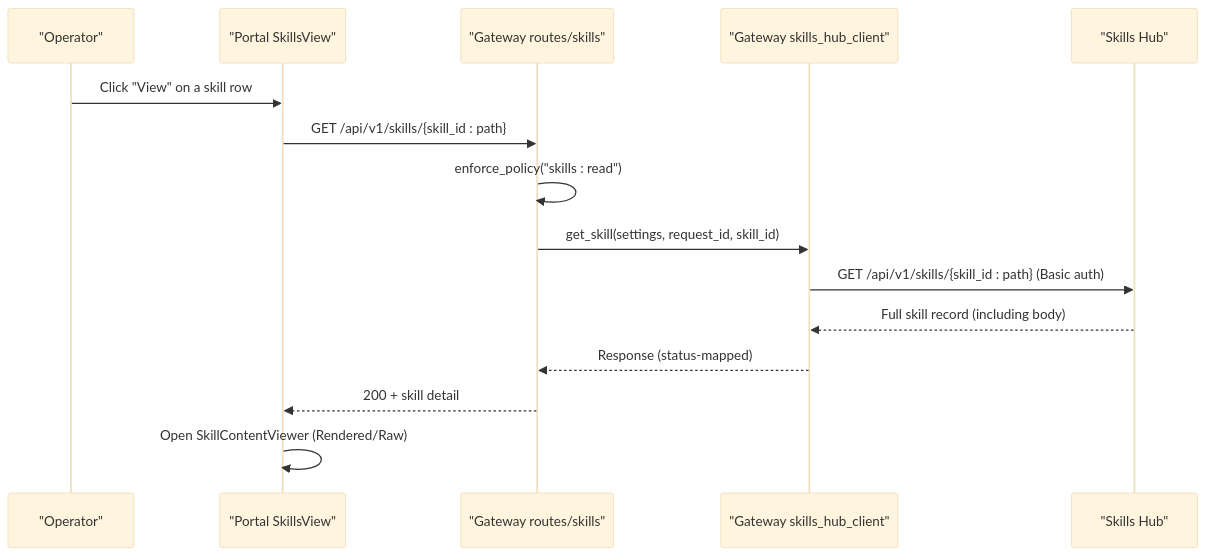
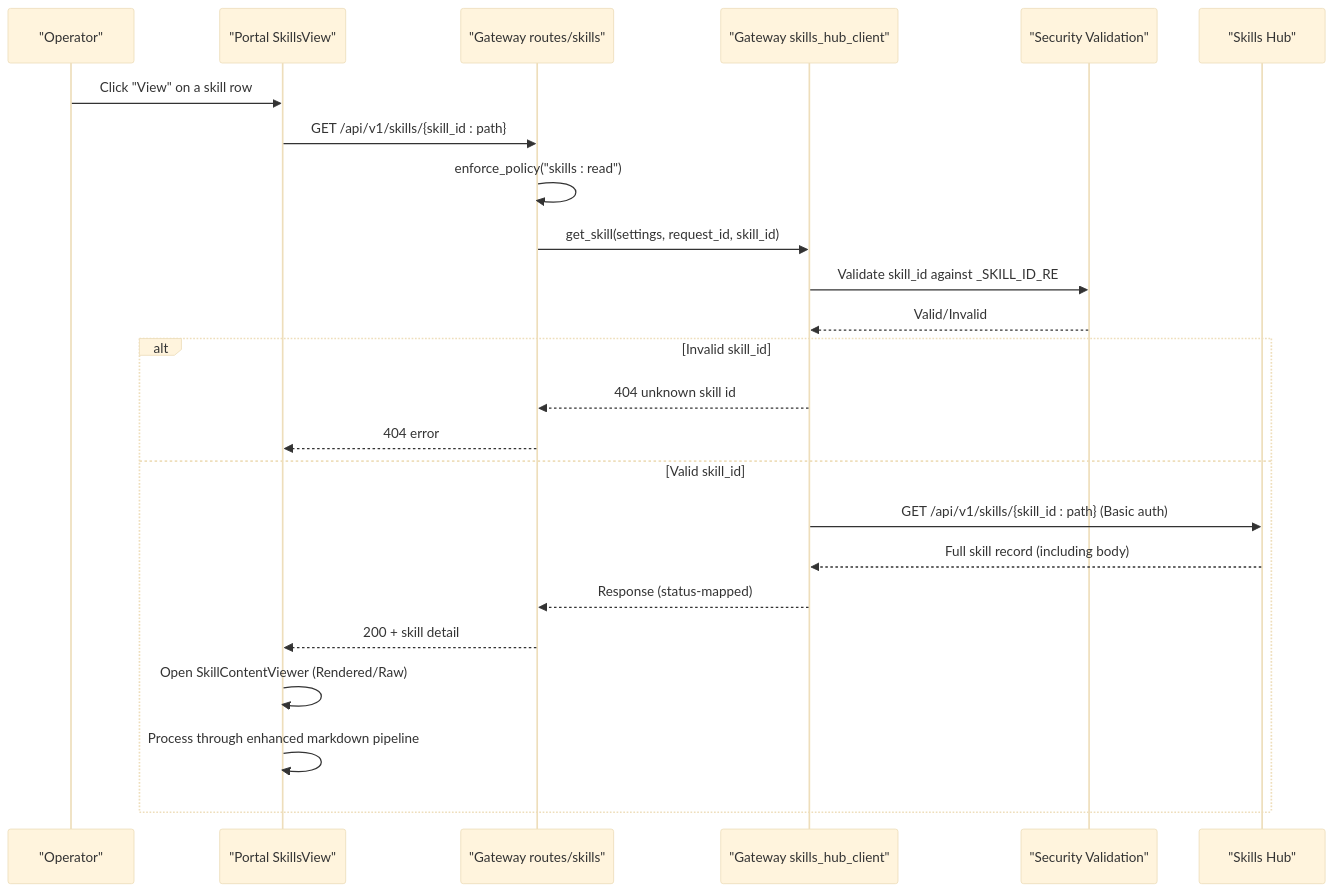
One commit to metasync/luban-aiops changed the second of 8 diagrams in .qoder/repowiki/en/content/Architecture Documentation/SPEC-052_ Skill Content Viewer.md. Above: the diagram before and after it, drawn with Mermaid (base theme). The commit also changed other lines of this file and 29 other files, not shown here.

````diff
--- a/.qoder/repowiki/en/content/Architecture Documentation/SPEC-052_ Skill Content Viewer.md
+++ b/.qoder/repowiki/en/content/Architecture Documentation/SPEC-052_ Skill Content Viewer.md
@@ -98,17 +113,26 @@
 ```mermaid
 sequenceDiagram
 participant U as "Operator"
 participant P as "Portal SkillsView"
 participant G as "Gateway routes/skills"
 participant C as "Gateway skills_hub_client"
+participant S as "Security Validation"
 participant H as "Skills Hub"
 U->>P : Click "View" on a skill row
 P->>G : GET /api/v1/skills/{skill_id : path}
 G->>G : enforce_policy("skills : read")
 G->>C : get_skill(settings, request_id, skill_id)
+C->>S : Validate skill_id against _SKILL_ID_RE
+S-->>C : Valid/Invalid
+alt Invalid skill_id
+C-->>G : 404 unknown skill id
+G-->>P : 404 error
+else Valid skill_id
 C->>H : GET /api/v1/skills/{skill_id : path} (Basic auth)
 H-->>C : Full skill record (including body)
 C-->>G : Response (status-mapped)
 G-->>P : 200 + skill detail
 P->>P : Open SkillContentViewer (Rendered/Raw)
+P->>P : Process through enhanced markdown pipeline
+end
 ```
````
